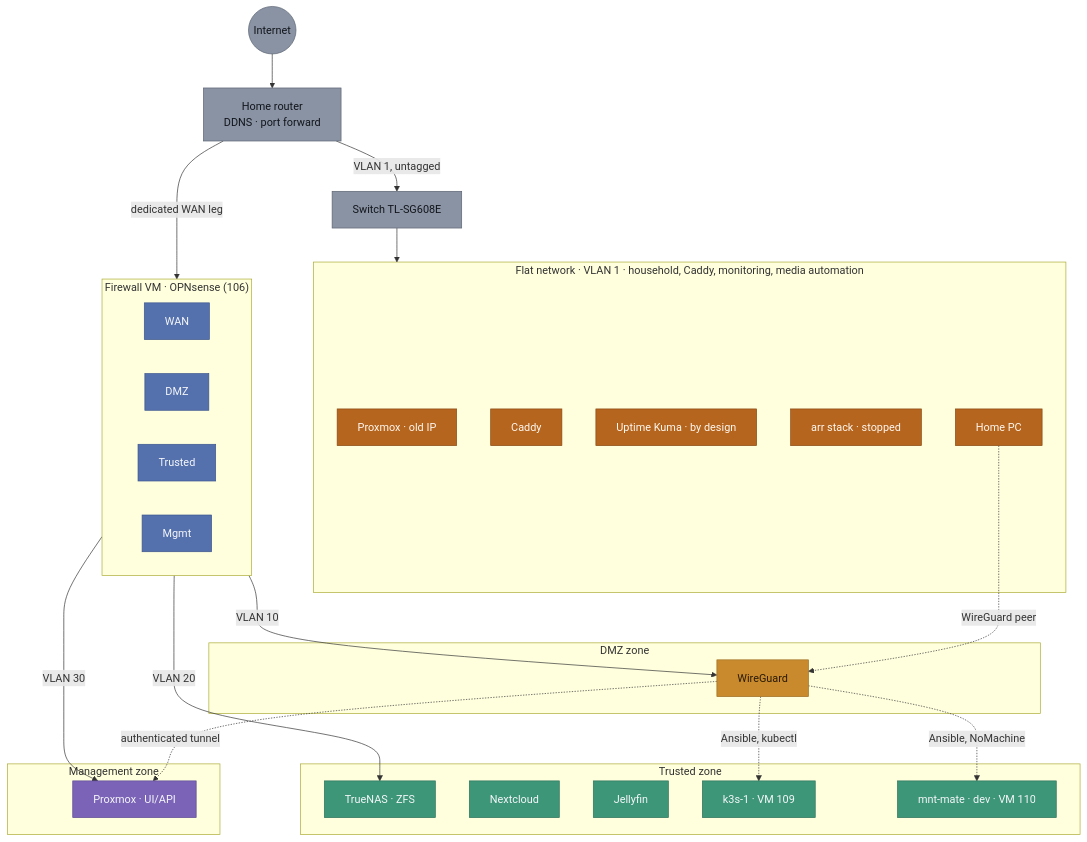
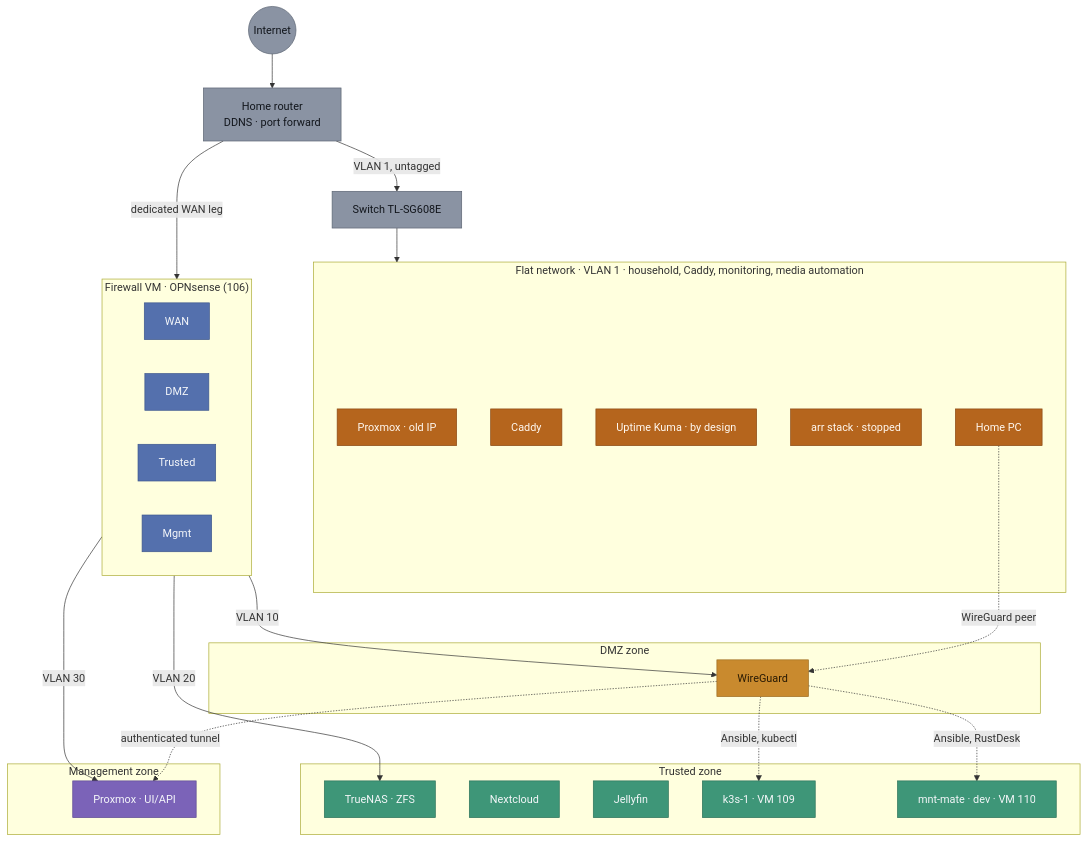
One commit to RuiGRMargarido/homelab changed the first of 6 diagrams in docs/NETWORK.md. Above: the diagram before and after it, drawn with Mermaid. The commit also changed other lines of this file and 11 other files, not shown here.

````diff
--- a/docs/NETWORK.md
+++ b/docs/NETWORK.md
@@ -17,60 +17,60 @@
 ```mermaid
 flowchart TB
     INT(("Internet")):::neut
     ROUTER["Home router<br/>DDNS · port forward"]:::neut
     INT --> ROUTER
 
     SW["Switch TL-SG608E"]:::neut
     ROUTER -- "VLAN 1, untagged" --> SW
     ROUTER -- "dedicated WAN leg" --> FWWAN
 
     subgraph FLAT["Flat network · VLAN 1 · household, Caddy, monitoring, media automation"]
         PVEA["Proxmox · old IP"]:::flat
         CADDY["Caddy"]:::flat
         KUMA["Uptime Kuma · by design"]:::flat
         ARR["arr stack · stopped"]:::flat
         PC["Home PC"]:::flat
     end
 
     SW --> FLAT
 
     subgraph FW["Firewall VM · OPNsense (106)"]
         direction LR
         FWWAN["WAN"]:::fw
         FWDMZ["DMZ"]:::fw
         FWTRU["Trusted"]:::fw
         FWMGM["Mgmt"]:::fw
     end
 
     FWDMZ -- "VLAN 10" --> WG
     FWTRU -- "VLAN 20" --> TN
     FWMGM -- "VLAN 30" --> PVEB
 
     subgraph DMZ["DMZ zone"]
         WG["WireGuard"]:::dmz
     end
 
     subgraph TRUSTED["Trusted zone"]
         NC["Nextcloud"]:::tru
         JF["Jellyfin"]:::tru
         TN["TrueNAS · ZFS"]:::tru
         K3S["k3s-1 · VM 109"]:::tru
         MNT["mnt-mate · dev · VM 110"]:::tru
     end
 
     subgraph MGMT["Management zone"]
         PVEB["Proxmox · UI/API"]:::mgmt
     end
 
     PC -. "WireGuard peer" .-> WG
     WG -. "authenticated tunnel" .-> PVEB
     WG -. "Ansible, kubectl" .-> K3S
-    WG -. "Ansible, NoMachine" .-> MNT
+    WG -. "Ansible, RustDesk" .-> MNT
 
     classDef neut fill:#8A93A3,stroke:#5B6472,color:#12161C
     classDef flat fill:#B5651D,stroke:#8A4A15,color:#FFF8F0
     classDef fw fill:#5470AD,stroke:#3C568C,color:#F5F7FA
     classDef dmz fill:#C98A2E,stroke:#9C6B1F,color:#2A1B04
     classDef mgmt fill:#7B63B8,stroke:#5E4A93,color:#F5F7FA
     classDef tru fill:#3E9678,stroke:#2C7259,color:#F5F7FA
 ```
````
